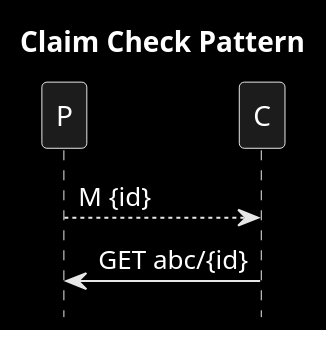
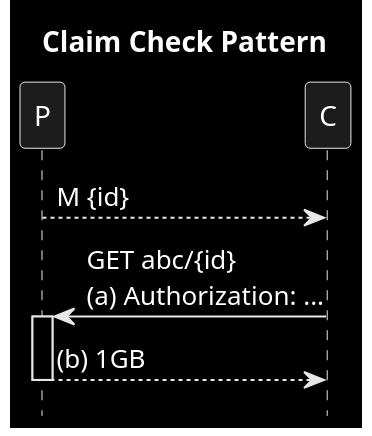
Before and after one commit to victorrentea/kafka: the diagram in patterns/7_claim_check.puml, drawn with PlantUML. The commit also changed other lines of this file and 13 other files, not shown here.

```diff
--- a/patterns/7_claim_check.puml
+++ b/patterns/7_claim_check.puml
@@ -1,8 +1,9 @@
 @startuml
 title Claim Check Pattern
 hide footbox
 skinparam monochrome reverse
 
 P-->C: M {id}
-C->P: GET abc/{id}
+C->P++: GET abc/{id}\n(a) Authorization: ...
+C<--P--: (b) 1GB
 @enduml
```
